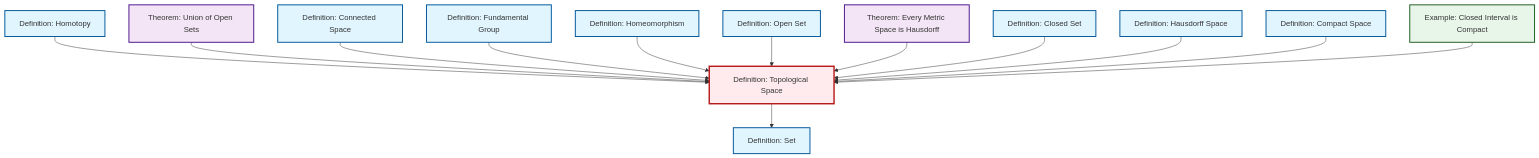
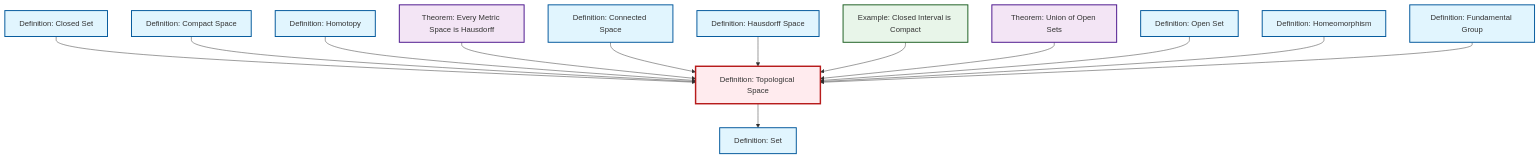
The diagram in content/en/topology/def-topological-space.qmd (RK0429/ModernMath), drawn with Mermaid before and after one commit. The commit also changed other lines of this file and 1012 other files, not shown here.

````diff
--- a/content/en/topology/def-topological-space.qmd
+++ b/content/en/topology/def-topological-space.qmd
@@ -60,47 +60,47 @@
 ```{mermaid}
 %%| fig-cap: "Local dependency graph"
 graph TD
     classDef definition fill:#e1f5fe,stroke:#01579b,stroke-width:2px
     classDef theorem fill:#f3e5f5,stroke:#4a148c,stroke-width:2px
     classDef axiom fill:#fff3e0,stroke:#e65100,stroke-width:2px
     classDef example fill:#e8f5e9,stroke:#1b5e20,stroke-width:2px
     classDef current fill:#ffebee,stroke:#b71c1c,stroke-width:3px
+    def-fundamental-group["Definition: Fundamental Group"]:::definition
+    def-connected["Definition: Connected Space"]:::definition
+    def-homotopy["Definition: Homotopy"]:::definition
+    def-open-set["Definition: Open Set"]:::definition
+    def-set["Definition: Set"]:::definition
+    def-homeomorphism["Definition: Homeomorphism"]:::definition
     thm-metric-hausdorff["Theorem: Every Metric Space is Hausdorff"]:::theorem
-    def-set["Definition: Set"]:::definition
-    def-fundamental-group["Definition: Fundamental Group"]:::definition
-    def-homeomorphism["Definition: Homeomorphism"]:::definition
-    def-connected["Definition: Connected Space"]:::definition
-    def-hausdorff["Definition: Hausdorff Space"]:::definition
-    def-homotopy["Definition: Homotopy"]:::definition
-    ex-closed-interval-compact["Example: Closed Interval is Compact"]:::example
     def-topological-space["Definition: Topological Space"]:::definition
     thm-union-open-sets["Theorem: Union of Open Sets"]:::theorem
     def-closed-set["Definition: Closed Set"]:::definition
-    def-open-set["Definition: Open Set"]:::definition
+    def-hausdorff["Definition: Hausdorff Space"]:::definition
+    ex-closed-interval-compact["Example: Closed Interval is Compact"]:::example
     def-compact["Definition: Compact Space"]:::definition
+    def-closed-set --> def-topological-space
+    def-compact --> def-topological-space
     def-homotopy --> def-topological-space
+    thm-metric-hausdorff --> def-topological-space
+    def-connected --> def-topological-space
+    def-hausdorff --> def-topological-space
+    ex-closed-interval-compact --> def-topological-space
+    def-topological-space --> def-set
     thm-union-open-sets --> def-topological-space
-    def-connected --> def-topological-space
+    def-open-set --> def-topological-space
+    def-homeomorphism --> def-topological-space
     def-fundamental-group --> def-topological-space
-    def-homeomorphism --> def-topological-space
-    def-topological-space --> def-set
-    def-open-set --> def-topological-space
-    thm-metric-hausdorff --> def-topological-space
-    def-closed-set --> def-topological-space
-    def-hausdorff --> def-topological-space
-    def-compact --> def-topological-space
-    ex-closed-interval-compact --> def-topological-space
     class def-topological-space current
+    click def-fundamental-group "def-fundamental-group.html" "Go to Fundamental Group definition"
+    click def-connected "def-connected.html" "Go to Connected Space definition"
+    click def-homotopy "def-homotopy.html" "Go to Homotopy definition"
+    click def-open-set "def-open-set.html" "Go to Open Set definition"
+    click def-set "def-set.html" "Go to Set definition"
+    click def-homeomorphism "def-homeomorphism.html" "Go to Homeomorphism definition"
     click thm-metric-hausdorff "thm-metric-hausdorff.html" "Go to Every Metric Space is Hausdorff theorem"
-    click def-set "def-set.html" "Go to Set definition"
-    click def-fundamental-group "def-fundamental-group.html" "Go to Fundamental Group definition"
-    click def-homeomorphism "def-homeomorphism.html" "Go to Homeomorphism definition"
-    click def-connected "def-connected.html" "Go to Connected Space definition"
-    click def-hausdorff "def-hausdorff.html" "Go to Hausdorff Space definition"
-    click def-homotopy "def-homotopy.html" "Go to Homotopy definition"
-    click ex-closed-interval-compact "ex-closed-interval-compact.html" "Go to Closed Interval is Compact example"
     click thm-union-open-sets "thm-union-open-sets.html" "Go to Union of Open Sets theorem"
     click def-closed-set "def-closed-set.html" "Go to Closed Set definition"
-    click def-open-set "def-open-set.html" "Go to Open Set definition"
+    click def-hausdorff "def-hausdorff.html" "Go to Hausdorff Space definition"
+    click ex-closed-interval-compact "ex-closed-interval-compact.html" "Go to Closed Interval is Compact example"
     click def-compact "def-compact.html" "Go to Compact Space definition"
 ```
````
